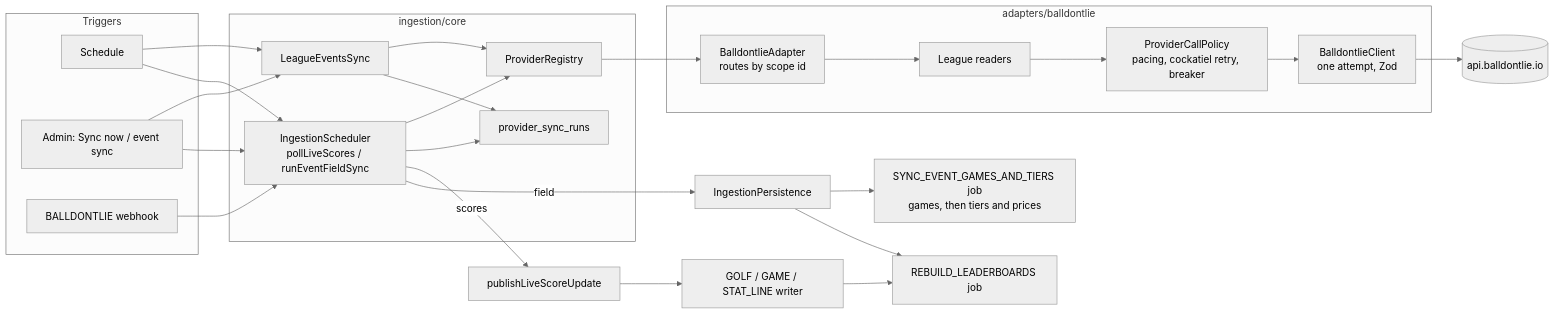
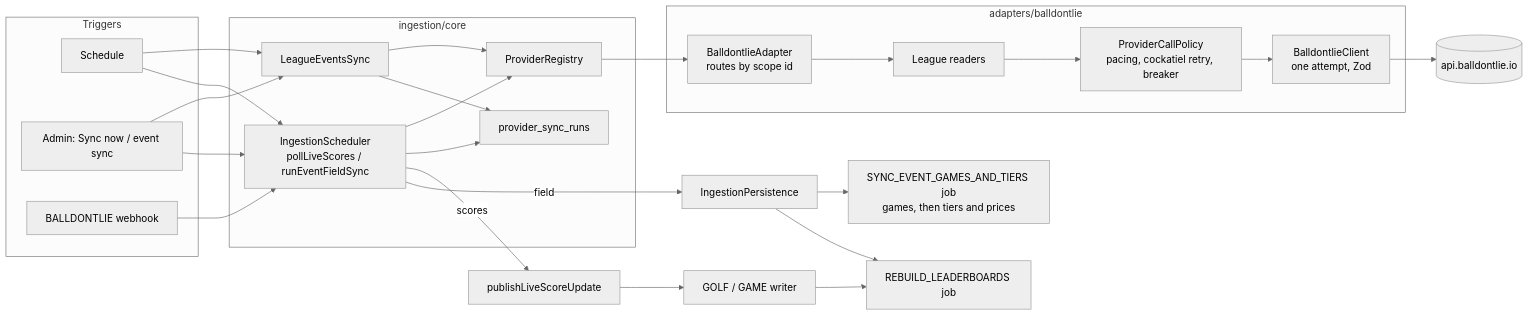
The first of 2 diagrams in docs/LIVE-SPORTS-DATA-SYNC.md (derek-dorazio/pool-master), drawn with Mermaid (neutral theme) before and after one commit. The commit also changed other lines of this file and 289 other files, not shown here.

````diff
--- a/docs/LIVE-SPORTS-DATA-SYNC.md
+++ b/docs/LIVE-SPORTS-DATA-SYNC.md
@@ -29,27 +29,27 @@
 ```mermaid
 flowchart LR
   subgraph Triggers
     T1[Schedule]
     T2[Admin: Sync now / event sync]
     T3[BALLDONTLIE webhook]
   end
   subgraph Core["ingestion/core"]
     S[IngestionScheduler<br/>pollLiveScores / runEventFieldSync]
     E[LeagueEventsSync]
     R[ProviderRegistry]
     L[provider_sync_runs]
   end
   subgraph Adapter["adapters/balldontlie"]
     A[BalldontlieAdapter<br/>routes by scope id]
     RD[League readers]
     C[BalldontlieClient<br/>one attempt, Zod]
     CP[ProviderCallPolicy<br/>pacing, cockatiel retry, breaker]
   end
   T1 & T2 --> E
   T1 & T2 & T3 --> S
   E & S --> R --> A --> RD --> CP --> C --> V[(api.balldontlie.io)]
   E & S --> L
-  S -- scores --> P[publishLiveScoreUpdate] --> W[GOLF / GAME / STAT_LINE writer]
+  S -- scores --> P[publishLiveScoreUpdate] --> W[GOLF / GAME writer]
   S -- field --> IP[IngestionPersistence] --> GT[SYNC_EVENT_GAMES_AND_TIERS job<br/>games, then tiers and prices]
   W & IP --> J[REBUILD_LEADERBOARDS job]
 ```
````
